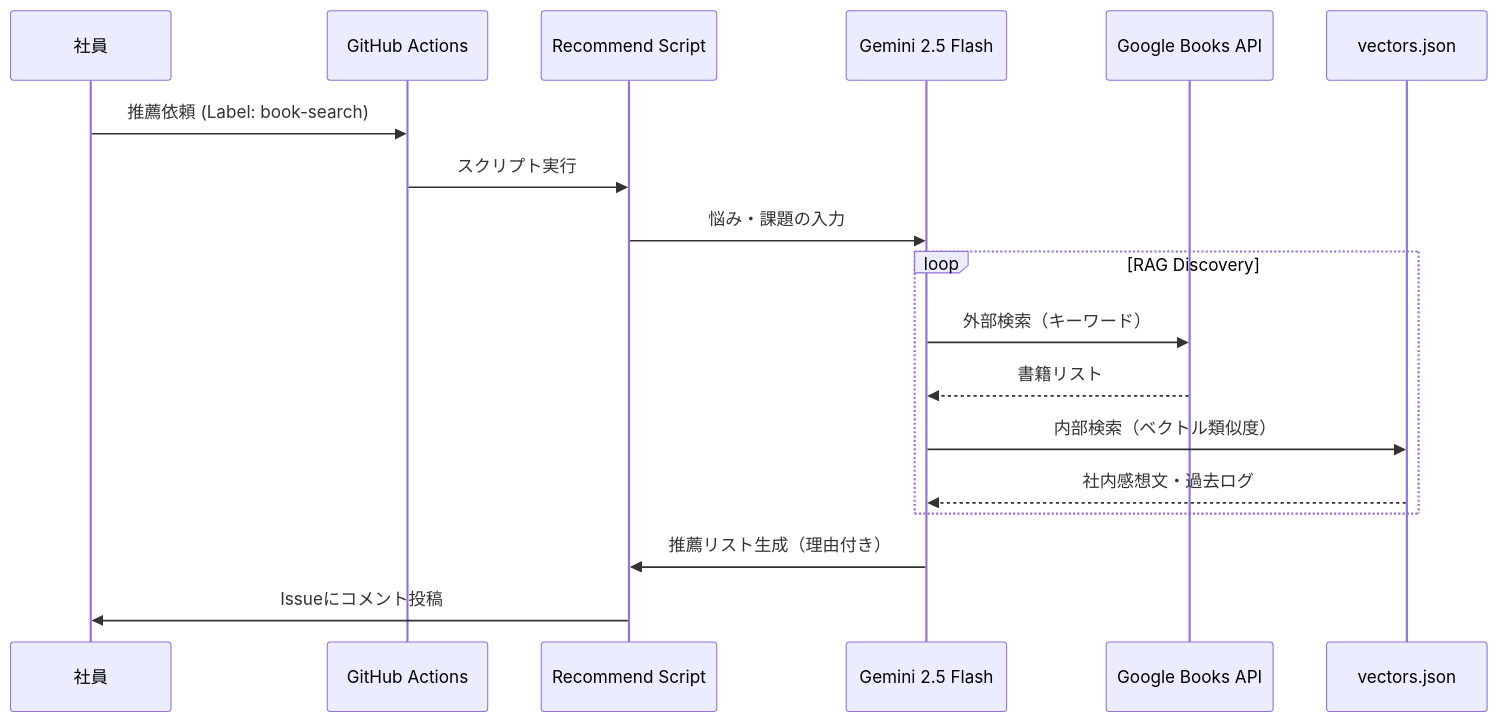
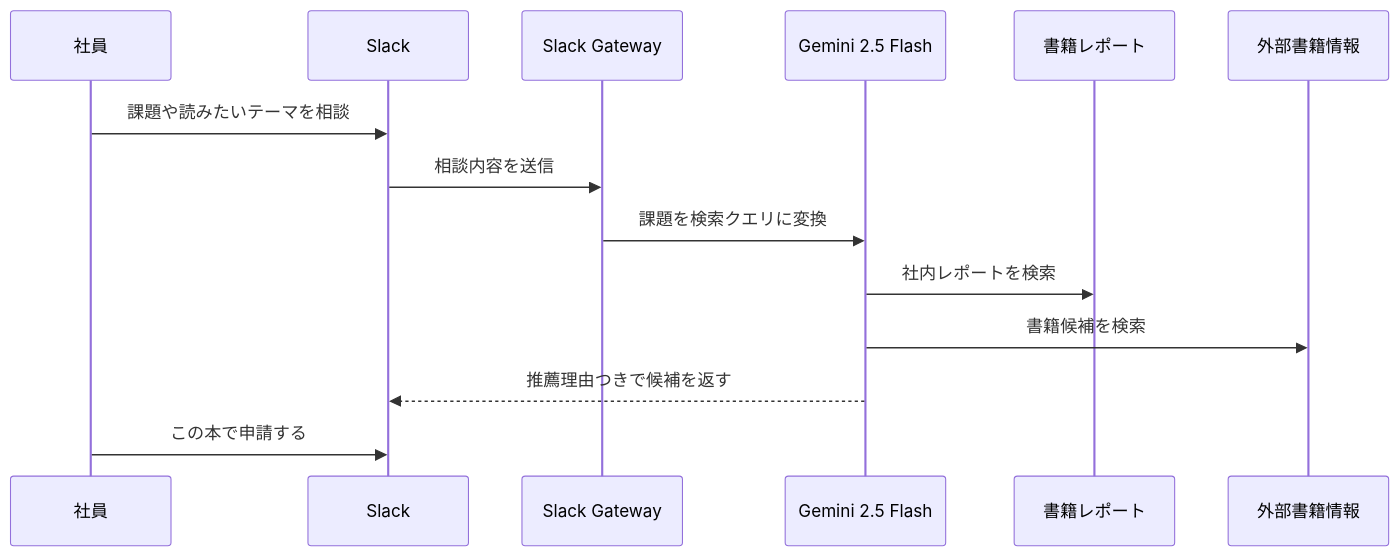
Before and after one commit to Saitekiinc-com/saiteki-doc: the second of 2 diagrams in docs/practices/lv3/reading_cycle.md, drawn with Mermaid. The commit also changed other lines of this file and 7 other files, not shown here.

````diff
--- a/docs/practices/lv3/reading_cycle.md
+++ b/docs/practices/lv3/reading_cycle.md
@@ -46,21 +80,17 @@
 ```mermaid
 sequenceDiagram
     participant User as 社員
-    participant Action as GitHub Actions
-    participant Script as Recommend Script
+    participant Slack as Slack
+    participant Worker as Slack Gateway
     participant AI as Gemini 2.5 Flash
-    participant GBooks as Google Books API
-    participant JSON as vectors.json
+    participant Reports as 書籍レポート
+    participant Books as 外部書籍情報
 
-    User->>Action: 推薦依頼 (Label: book-search)
-    Action->>Script: スクリプト実行
-    Script->>AI: 悩み・課題の入力
-    loop RAG Discovery
-        AI->>GBooks: 外部検索（キーワード）
-        GBooks-->>AI: 書籍リスト
-        AI->>JSON: 内部検索（ベクトル類似度）
-        JSON-->>AI: 社内感想文・過去ログ
-    end
-    AI->>Script: 推薦リスト生成（理由付き）
-    Script->>User: Issueにコメント投稿
+    User->>Slack: 課題や読みたいテーマを相談
+    Slack->>Worker: 相談内容を送信
+    Worker->>AI: 課題を検索クエリに変換
+    AI->>Reports: 社内レポートを検索
+    AI->>Books: 書籍候補を検索
+    AI-->>Slack: 推薦理由つきで候補を返す
+    User->>Slack: この本で申請する
 ```
````
